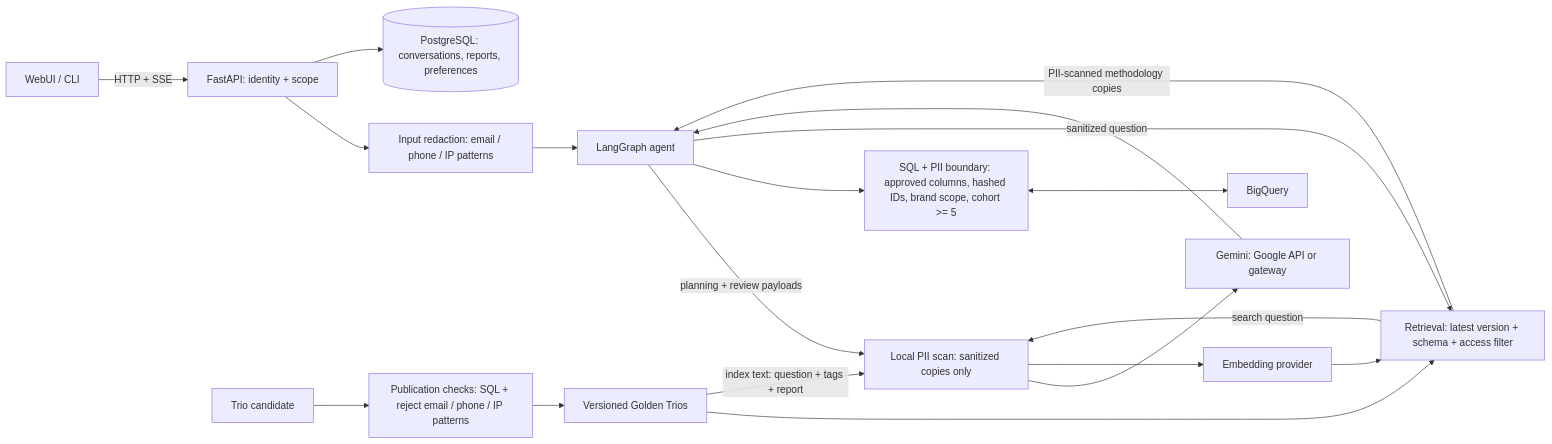
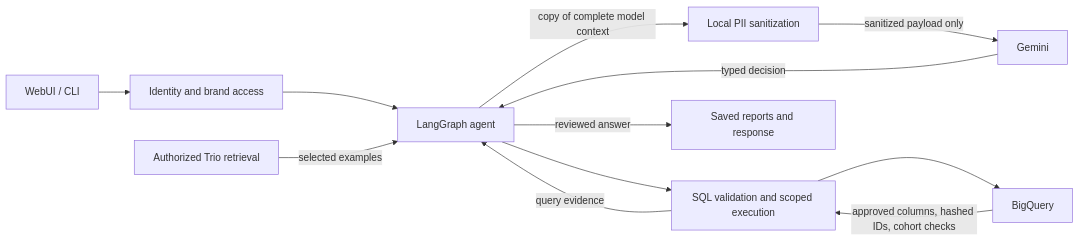
Before and after one commit to ottergottaott/retail-text-to-sql: the first of 3 diagrams in docs/architecture.md, drawn with Mermaid. The commit also changed other lines of this file and 13 other files, not shown here.

Commit message:
Align Trio retrieval privacy boundaries and simplify architecture docs

````diff
--- a/docs/architecture.md
+++ b/docs/architecture.md
@@ -6,21 +8,14 @@
 ```mermaid
 flowchart LR
-  UI[WebUI / CLI] -->|HTTP + SSE| API[FastAPI: identity + scope]
-  API --> Input[Input redaction: email / phone / IP patterns]
-  Input --> Agent[LangGraph agent]
-  Agent -->|planning + review payloads| Egress[Local PII scan: sanitized copies only]
-  Egress --> Model[Gemini: Google API or gateway]
-  Model --> Agent
-  Agent --> SQL[SQL + PII boundary: approved columns, hashed IDs, brand scope, cohort >= 5]
-  SQL <--> BQ[BigQuery]
-  Candidate[Trio candidate] --> Gate[Publication checks: SQL + reject email / phone / IP patterns]
-  Gate --> RAG[Versioned Golden Trios]
-  Agent -->|sanitized question| Retrieval[Retrieval: latest version + schema + access filter]
-  RAG --> Retrieval
-  Retrieval -->|PII-scanned methodology copies| Agent
-  RAG -->|index text: question + tags + report| Egress
-  Retrieval -->|search question| Egress
-  Egress --> Embeddings[Embedding provider]
-  Embeddings --> Retrieval
-  API --> DB[(PostgreSQL: conversations, reports, preferences)]
+  UI[WebUI / CLI] --> API[Identity and brand access]
+  API --> Agent[LangGraph agent]
+  Retrieval[Authorized Trio retrieval] -->|selected examples| Agent
+  Agent -->|copy of complete model context| Privacy[Local PII sanitization]
+  Privacy -->|sanitized payload only| Model[Gemini]
+  Model -->|typed decision| Agent
+  Agent --> SQL[SQL validation and scoped execution]
+  SQL --> BQ[BigQuery]
+  BQ -->|approved columns, hashed IDs, cohort checks| SQL
+  SQL -->|query evidence| Agent
+  Agent -->|reviewed answer| Reports[Saved reports and response]
 ```
````
